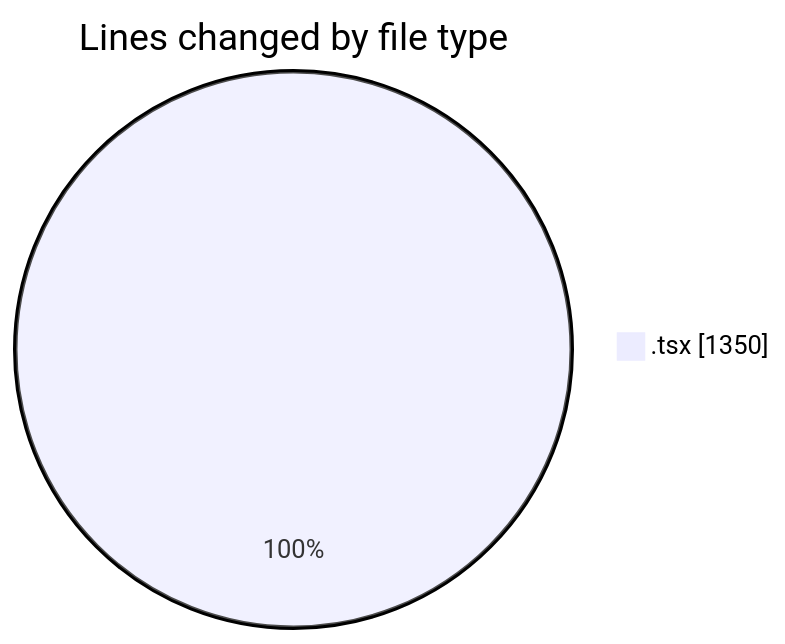
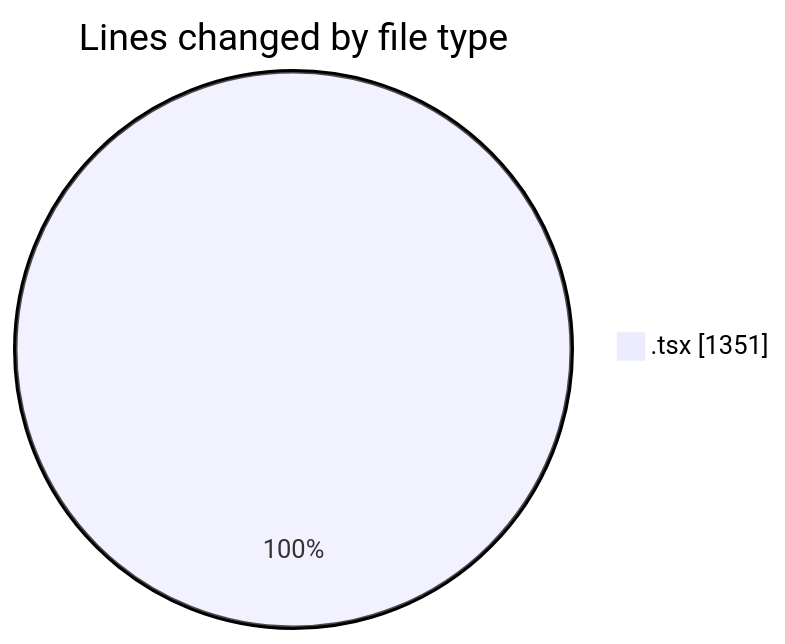
Before and after one commit to nxtqubesakshisongat/code-tracking: the first of 2 diagrams in 2026-06-11/nxtqube_webapp/README.md, drawn with Mermaid. The commit also changed other lines of this file and 1 other file, not shown here.

````diff
--- a/2026-06-11/nxtqube_webapp/README.md
+++ b/2026-06-11/nxtqube_webapp/README.md
@@ -21,5 +21,5 @@
 ```mermaid
 pie showData
 title Lines changed by file type
-".tsx" : 1350
+".tsx" : 1351
 ```
````
